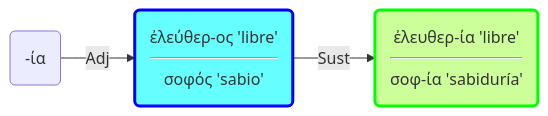
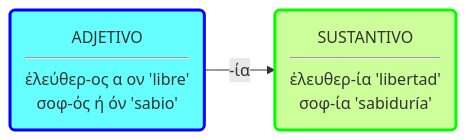
Before and after one commit to pajaro1966/Asignaturas: the first of 4 diagrams in docs/Proyecto_Innova_2025_2026/notas/Suf_ia.md, drawn with Mermaid. The commit also changed other lines of this file and 4 other files, not shown here.

````diff
--- a/docs/Proyecto_Innova_2025_2026/notas/Suf_ia.md
+++ b/docs/Proyecto_Innova_2025_2026/notas/Suf_ia.md
@@ -59,36 +9,34 @@
 ```mermaid
 graph LR
 
-Suf("-ία")
-
-Suf --"Adj"-->Adj1("ἐλεύθερ-ος 'libre'<hr>σοφός 'sabio'")--"Sust"-->Sust1b("ἐλευθερ-ία 'libre'<hr>σοφ-ία 'sabiduría'")
+Adj1("ADJETIVO<hr>ἐλεύθερ-ος α ον 'libre'<br>σοφ-ός ή όν 'sabio'")-->|"-ία"|Sust1b("SUSTANTIVO<hr>ἐλευθερ-ία 'libertad'<br>σοφ-ία 'sabiduría'")
 
 Adj1:::Adj
 Sust1b:::Sust
 
 classDef Verb stroke:#f00, stroke-width:3px
 classDef Sust stroke:#0f0, stroke-width:3px
 classDef Adj stroke:#00f, stroke-width:3px
 classDef Adv stroke:brown, stroke-width:3px
 classDef Nada stroke:#000000, stroke-width:2px
 classDef Raíz stroke:#000000, stroke-width:3px
 
 classDef Prep stroke:black, stroke-width:3px
 
 classDef Prep stroke:yellow, stroke-width:3px
 classDef SP stroke:yellow, stroke-width:3px
 
 classDef Inf stroke-width:1px, stroke-dasharray: 10, 5
 classDef Verb fill:#ffCCCC
 classDef Sust fill:#CCff99
 classDef Adj fill:#66FFFF
 classDef Adv fill:Bisque
 classDef Nada fill:#ffffff
 classDef Raíz fill:#ffffff
 
 classDef Pref fill:LightGray
 
 classDef Prep fill:LemonChiffon
 classDef SP fill:#CCff99
 
 ```
````
